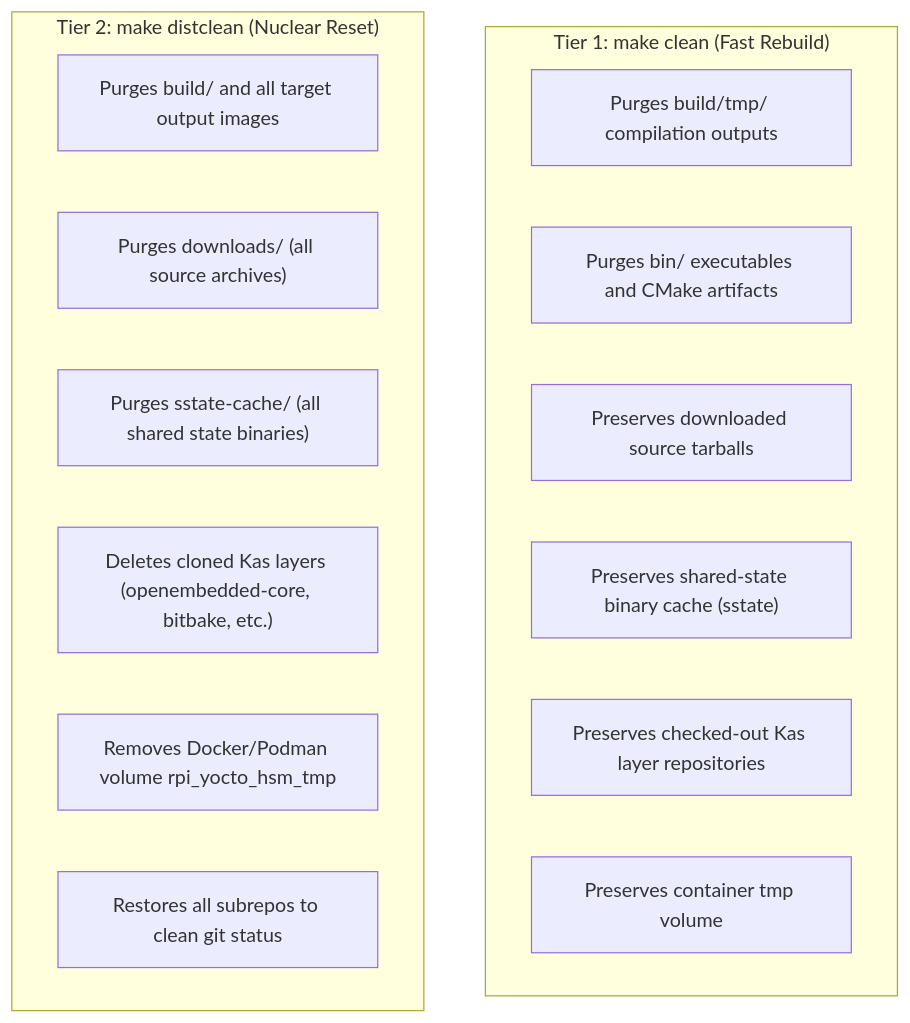
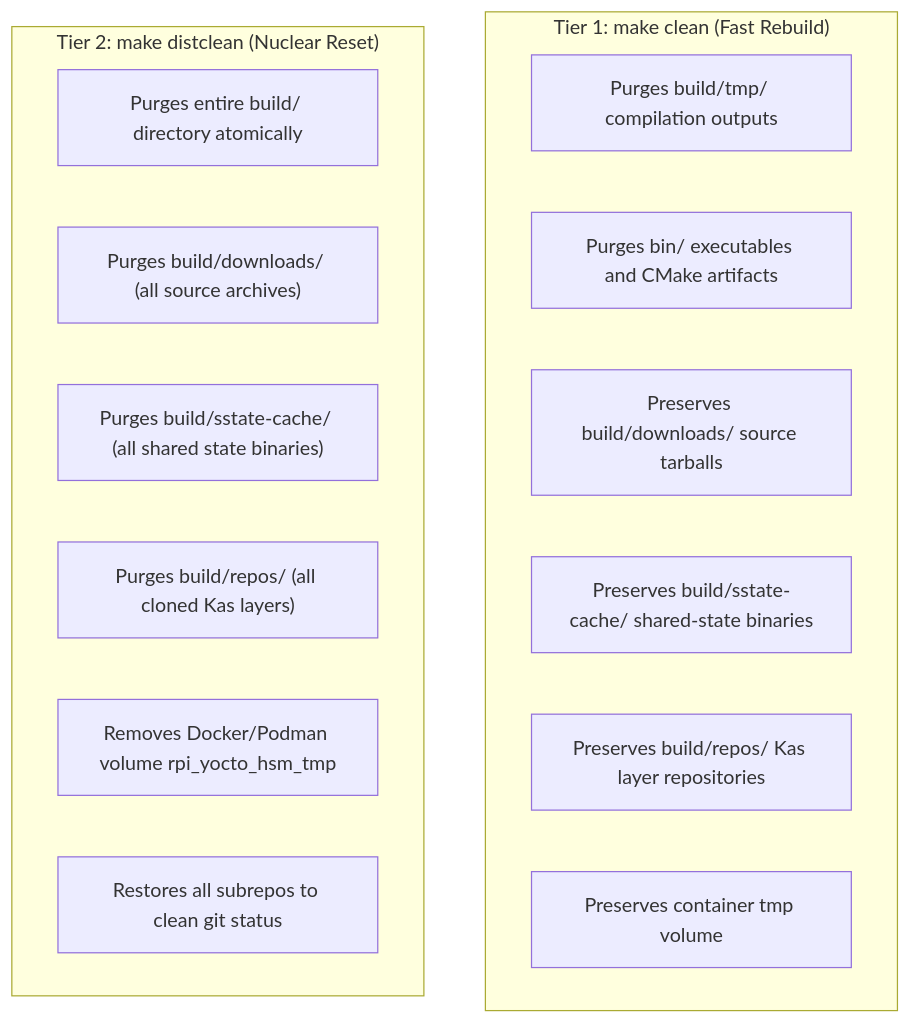
The second of 2 diagrams in Architecture/Build Lifecycle and Workspace Clean Routines.md (gpfister/hsm-obsidian), drawn with Mermaid before and after one commit. The commit also changed other lines of this file and 10 other files, not shown here.

````diff
--- a/Architecture/Build Lifecycle and Workspace Clean Routines.md
+++ b/Architecture/Build Lifecycle and Workspace Clean Routines.md
@@ -84,20 +85,20 @@
 ```mermaid
 flowchart TD
     subgraph RoutineClean ["Tier 1: make clean (Fast Rebuild)"]
         C1["Purges build/tmp/ compilation outputs"]
         C2["Purges bin/ executables and CMake artifacts"]
-        C3["Preserves downloaded source tarballs"]
-        C4["Preserves shared-state binary cache (sstate)"]
-        C5["Preserves checked-out Kas layer repositories"]
+        C3["Preserves build/downloads/ source tarballs"]
+        C4["Preserves build/sstate-cache/ shared-state binaries"]
+        C5["Preserves build/repos/ Kas layer repositories"]
         C6["Preserves container tmp volume"]
     end
 
     subgraph TotalDistclean ["Tier 2: make distclean (Nuclear Reset)"]
-        D1["Purges build/ and all target output images"]
-        D2["Purges downloads/ (all source archives)"]
-        D3["Purges sstate-cache/ (all shared state binaries)"]
-        D4["Deletes cloned Kas layers (openembedded-core, bitbake, etc.)"]
+        D1["Purges entire build/ directory atomically"]
+        D2["Purges build/downloads/ (all source archives)"]
+        D3["Purges build/sstate-cache/ (all shared state binaries)"]
+        D4["Purges build/repos/ (all cloned Kas layers)"]
         D5["Removes Docker/Podman volume rpi_yocto_hsm_tmp"]
         D6["Restores all subrepos to clean git status"]
     end
 ```
````
